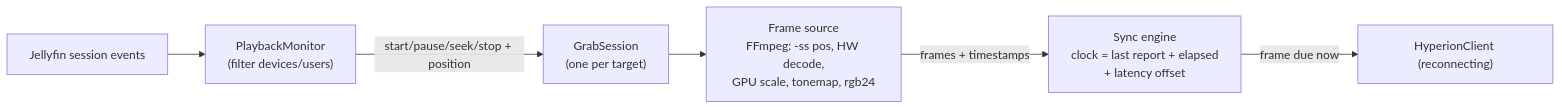
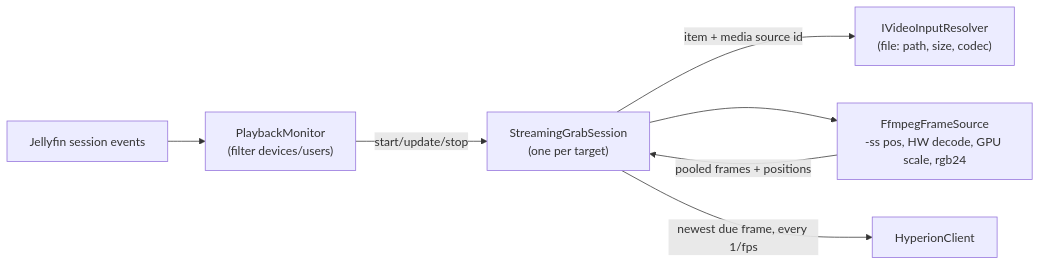
Before and after one commit to 25LioN52/JellyfinHyperionGrabber: the second of 2 diagrams in docs/development/architecture.md, drawn with Mermaid. The commit also changed other lines of this file and 44 other files, not shown here.

Commit message:
feat: stream frames to Hyperion during playback (#20)

````diff
--- a/docs/development/architecture.md
+++ b/docs/development/architecture.md
@@ -83,8 +85,9 @@
 ```mermaid
 flowchart LR
     Events["Jellyfin session events"] --> Monitor["PlaybackMonitor<br/>(filter devices/users)"]
-    Monitor -->|start/pause/seek/stop + position| Session["GrabSession<br/>(one per target)"]
-    Session --> Source["Frame source<br/>FFmpeg: -ss pos, HW decode,<br/>GPU scale, tonemap, rgb24"]
-    Source -->|"frames + timestamps"| Sync["Sync engine<br/>clock = last report + elapsed<br/>+ latency offset"]
-    Sync -->|"frame due now"| Sink["HyperionClient (reconnecting)"]
+    Monitor -->|start/update/stop| Session["StreamingGrabSession<br/>(one per target)"]
+    Session -->|"item + media source id"| Resolver["IVideoInputResolver<br/>(file: path, size, codec)"]
+    Session --> Source["FfmpegFrameSource<br/>-ss pos, HW decode, GPU scale, rgb24"]
+    Source -->|"pooled frames + positions"| Session
+    Session -->|"newest due frame, every 1/fps"| Sink["HyperionClient"]
 ```
````
